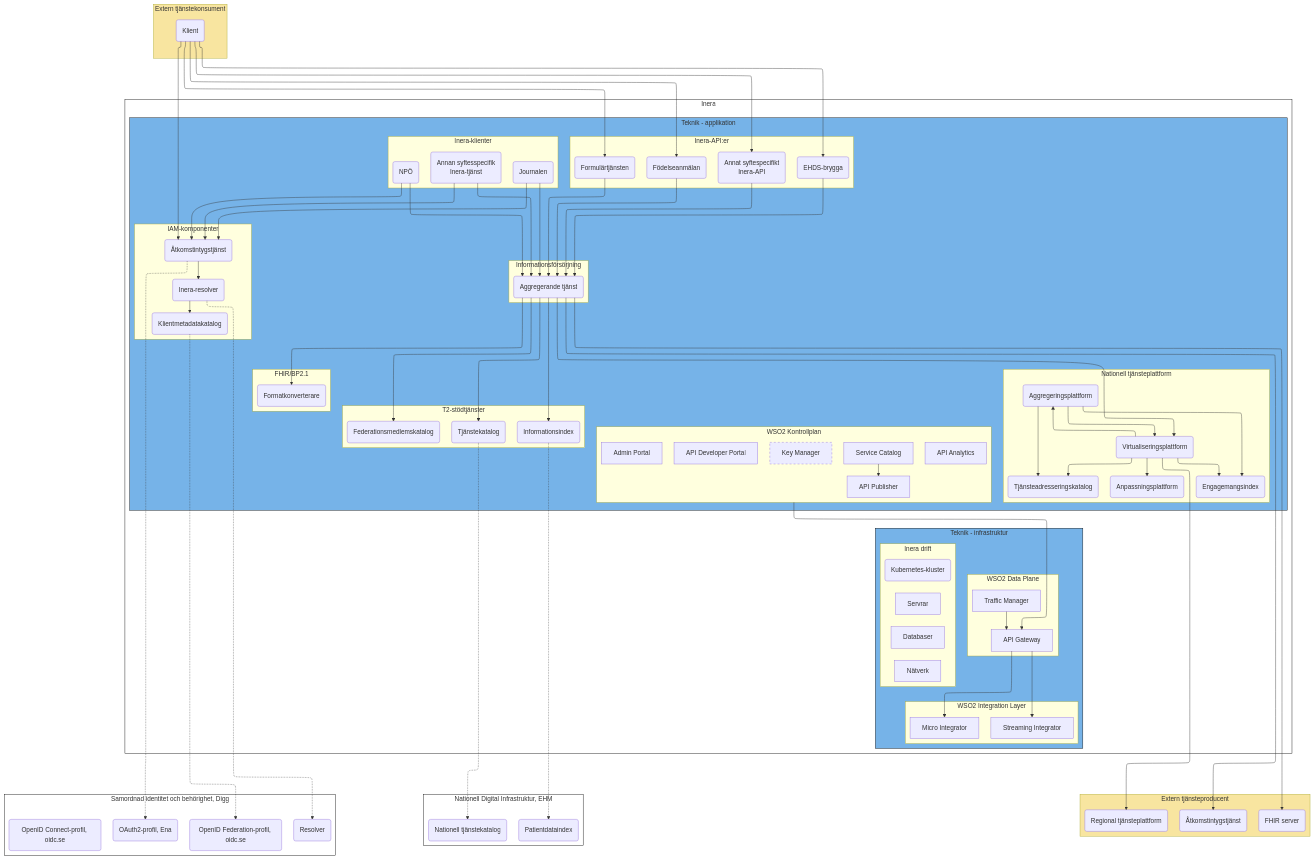
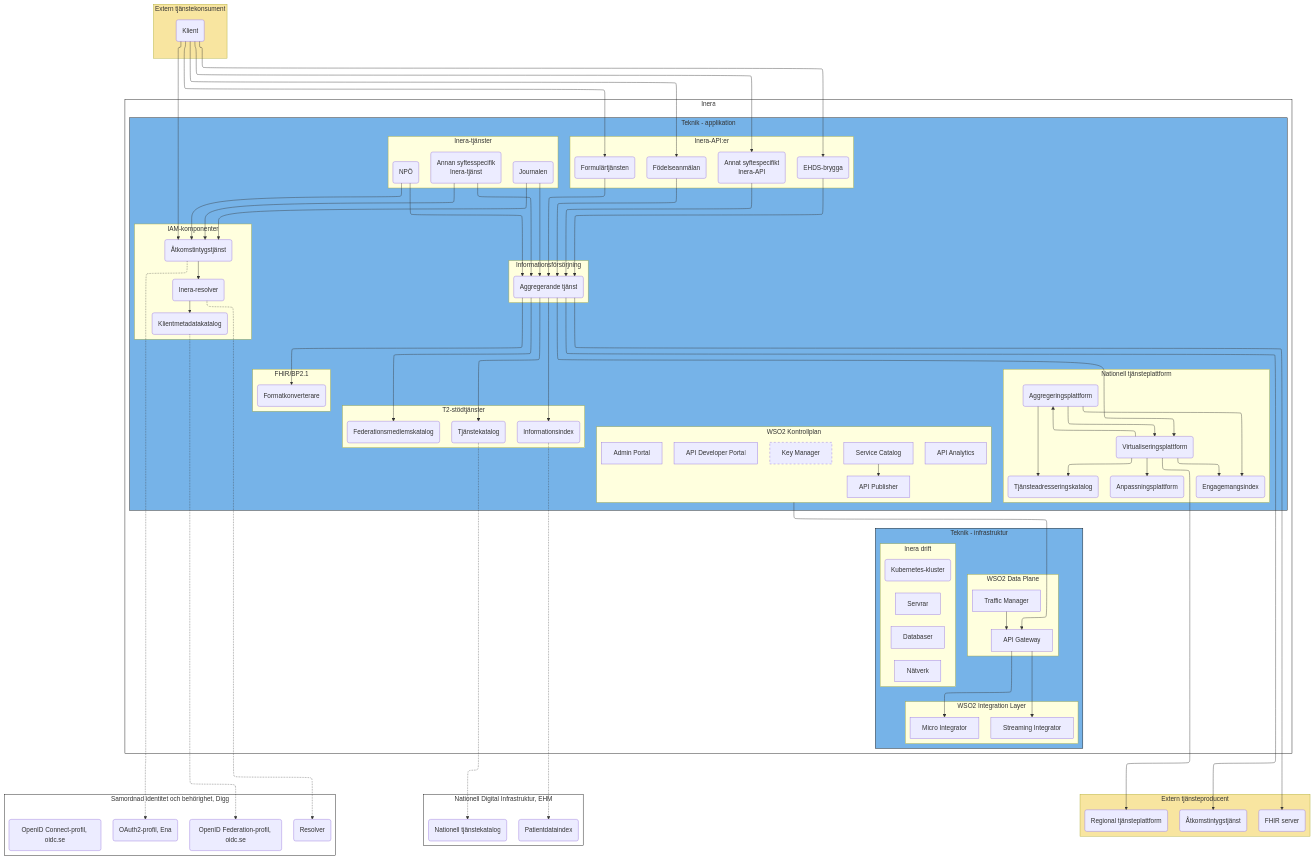
Before and after one commit to anders-malmros-inera/t2mmd: the second of 2 diagrams in T2-krav/solution.md, drawn with Mermaid.

Commit message:
Update subgraph label from 'Inera-klienter' to 'Inera-tjänster' in solution.md

```diff
--- a/T2-krav/solution.md
+++ b/T2-krav/solution.md
@@ -43,7 +43,7 @@
 
     subgraph app[Teknik - applikation]
 
-        subgraph itk[Inera-klienter]
+        subgraph itk[Inera-tjänster]
             itk1(Annan syftesspecifik<br>Inera-tjänst)
             itk2(NPÖ)
             itk3(Journalen)
```
